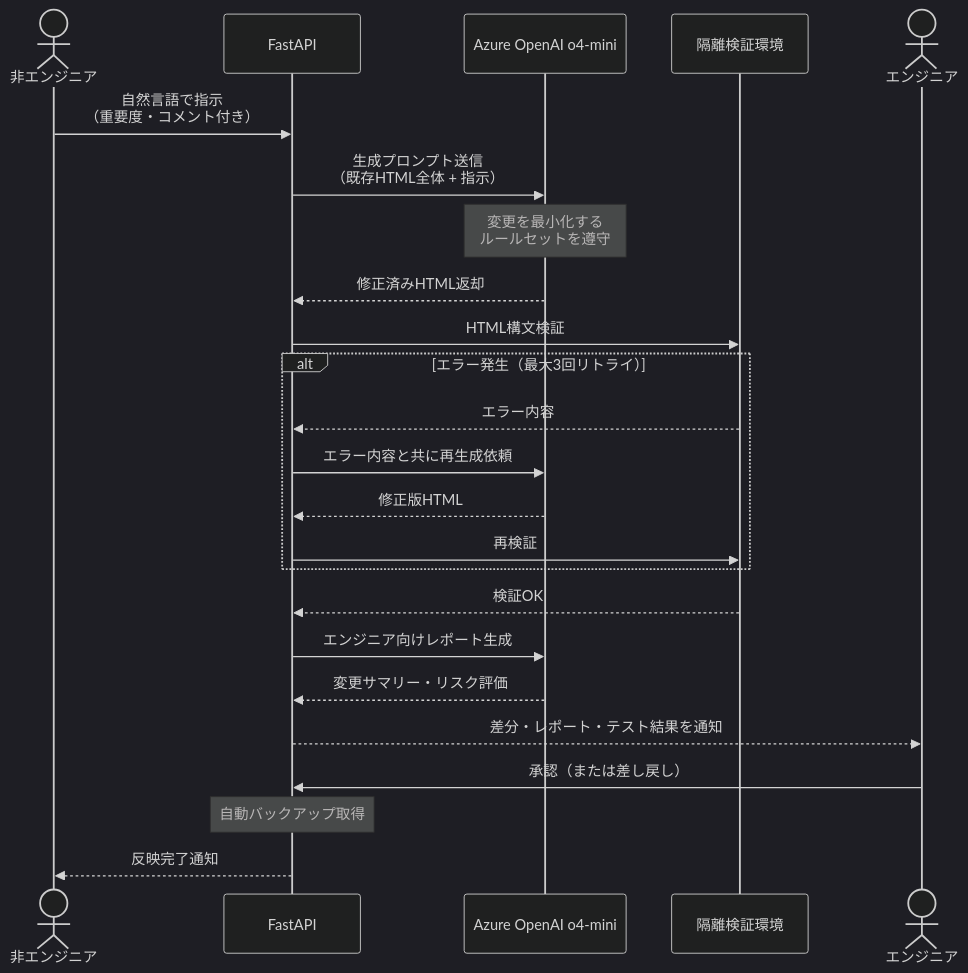
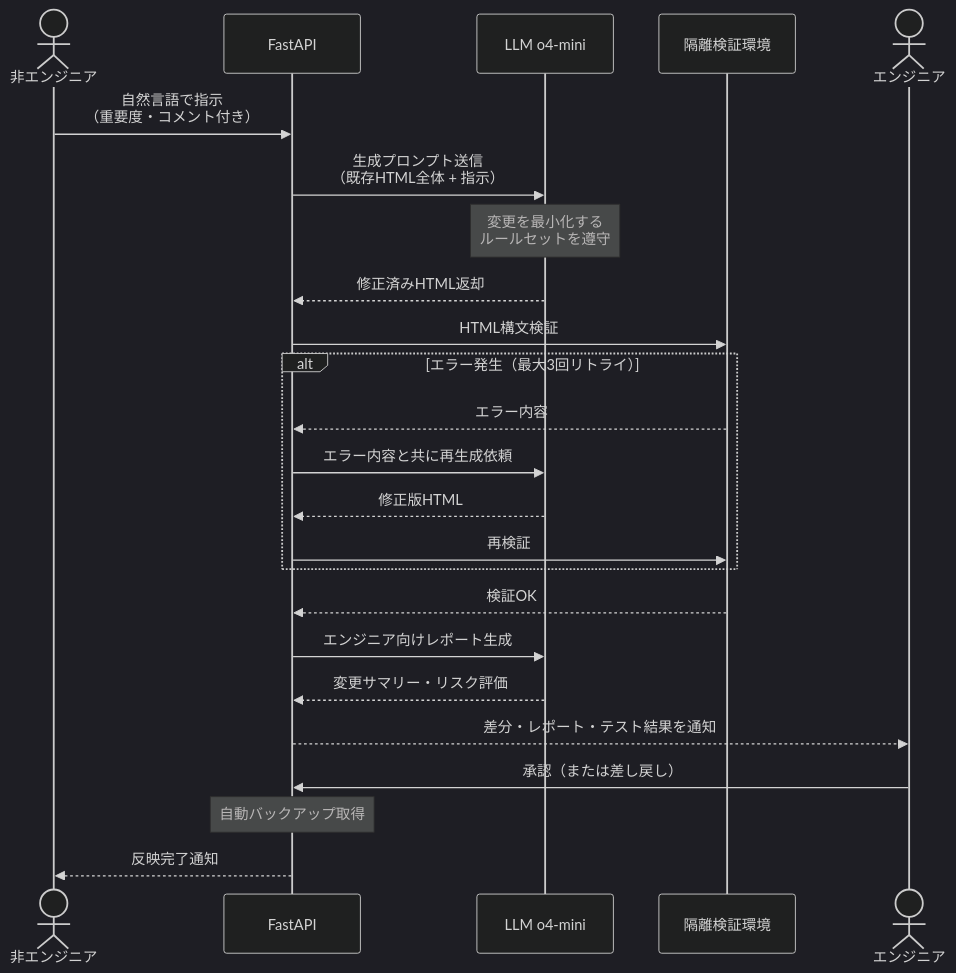
One commit to t-k-haru/CodeBridge changed the second of 3 diagrams in README.md. Above: the diagram before and after it, drawn with Mermaid (dark theme). The commit also changed other lines of this file and 3 other files, not shown here.

````diff
--- a/README.md
+++ b/README.md
@@ -215,30 +224,30 @@
 ```mermaid
 sequenceDiagram
     actor 非エンジニア
     participant API as FastAPI
-    participant AI as Azure OpenAI o4-mini
+    participant AI as LLM o4-mini
     participant Sandbox as 隔離検証環境
     actor エンジニア
 
     非エンジニア->>API: 自然言語で指示<br/>（重要度・コメント付き）
     API->>AI: 生成プロンプト送信<br/>（既存HTML全体 + 指示）
     Note over AI: 変更を最小化する<br/>ルールセットを遵守
     AI-->>API: 修正済みHTML返却
     API->>Sandbox: HTML構文検証
 
     alt エラー発生（最大3回リトライ）
         Sandbox-->>API: エラー内容
         API->>AI: エラー内容と共に再生成依頼
         AI-->>API: 修正版HTML
         API->>Sandbox: 再検証
     end
 
     Sandbox-->>API: 検証OK
     API->>AI: エンジニア向けレポート生成
     AI-->>API: 変更サマリー・リスク評価
     API-->>エンジニア: 差分・レポート・テスト結果を通知
 
     エンジニア->>API: 承認（または差し戻し）
     Note over API: 自動バックアップ取得
     API-->>非エンジニア: 反映完了通知
 ```
````
